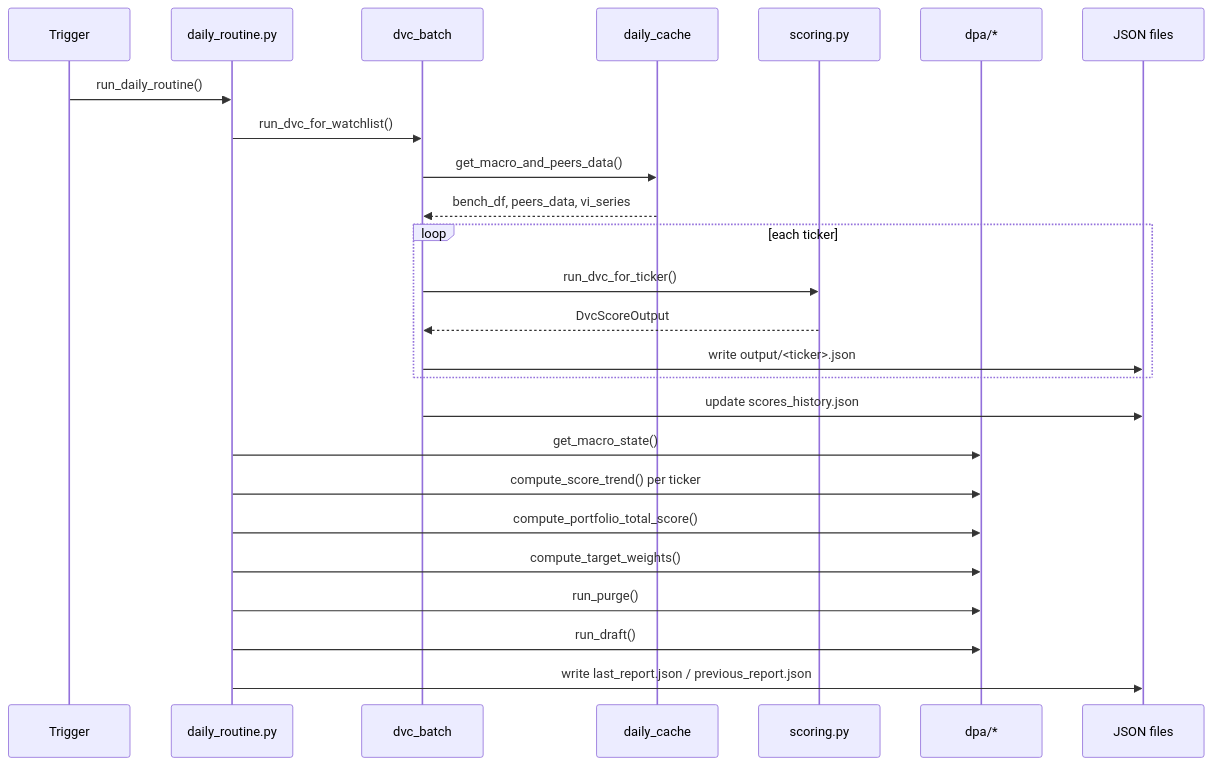
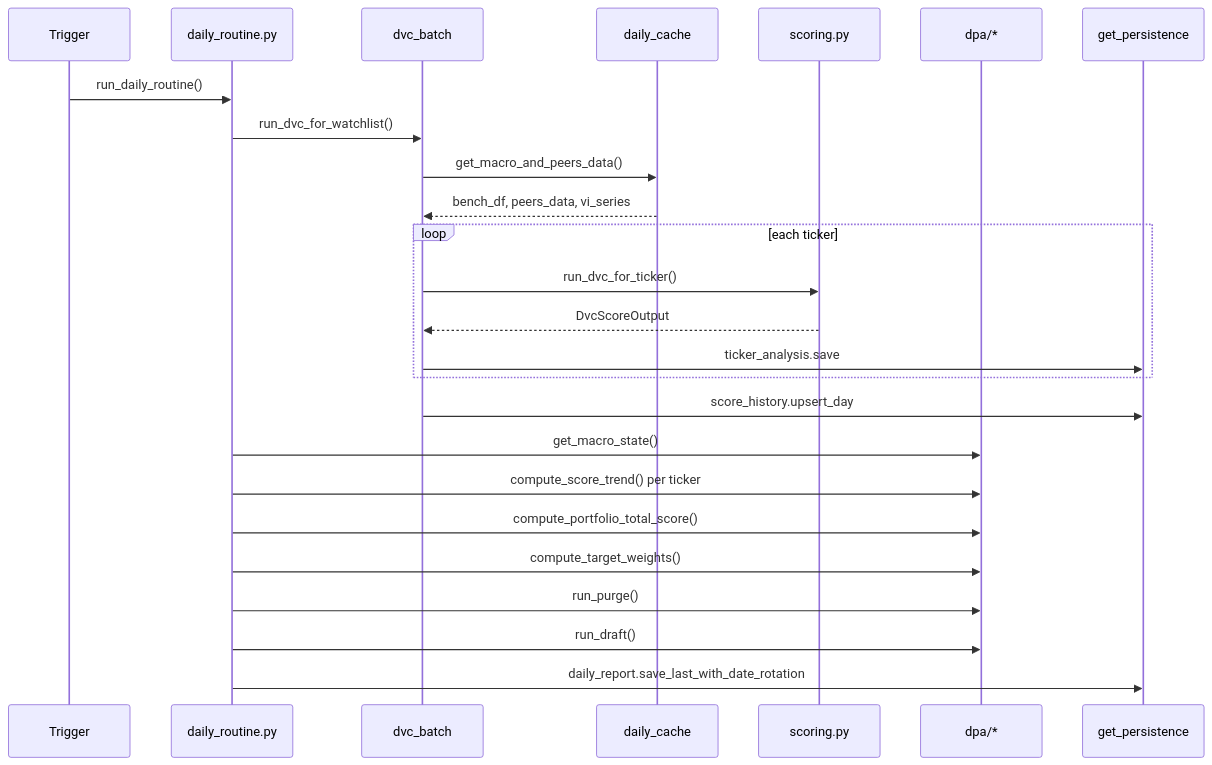
The second of 6 diagrams in docs/ARCHITECTURE.md (kosei-doi/stock_v7), drawn with Mermaid before and after one commit. The commit also changed other lines of this file and 7 other files, not shown here.

First line of the commit message:
docs: DB-7 sqlite API tests and architecture persistence docs.

````diff
--- a/docs/ARCHITECTURE.md
+++ b/docs/ARCHITECTURE.md
@@ -84,28 +81,28 @@
 ```mermaid
 sequenceDiagram
   participant U as Trigger
   participant DR as daily_routine.py
   participant DB as dvc_batch
   participant DC as daily_cache
   participant DVC as scoring.py
   participant DPA as dpa/*
-  participant FS as JSON files
+  participant PERS as get_persistence
 
   U->>DR: run_daily_routine()
   DR->>DB: run_dvc_for_watchlist()
   DB->>DC: get_macro_and_peers_data()
   DC-->>DB: bench_df, peers_data, vi_series
   loop each ticker
     DB->>DVC: run_dvc_for_ticker()
     DVC-->>DB: DvcScoreOutput
-    DB->>FS: write output/<ticker>.json
+    DB->>PERS: ticker_analysis.save
   end
-  DB->>FS: update scores_history.json
+  DB->>PERS: score_history.upsert_day
   DR->>DPA: get_macro_state()
   DR->>DPA: compute_score_trend() per ticker
   DR->>DPA: compute_portfolio_total_score()
   DR->>DPA: compute_target_weights()
   DR->>DPA: run_purge()
   DR->>DPA: run_draft()
-  DR->>FS: write last_report.json / previous_report.json
+  DR->>PERS: daily_report.save_last_with_date_rotation
 ```
````
